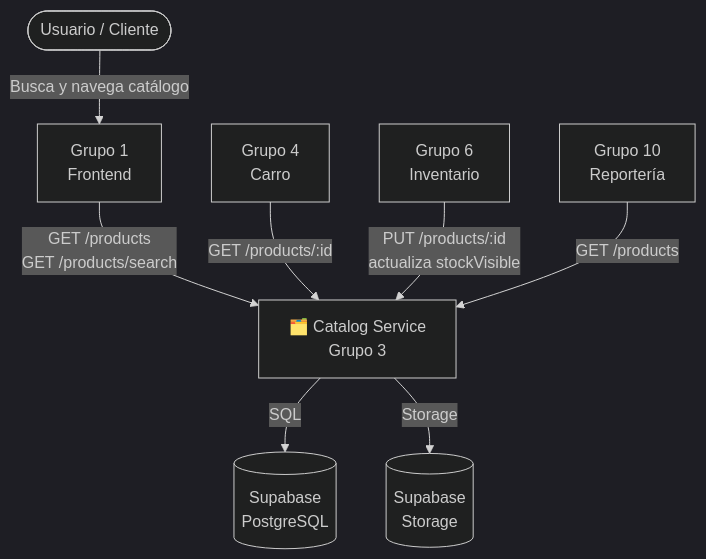
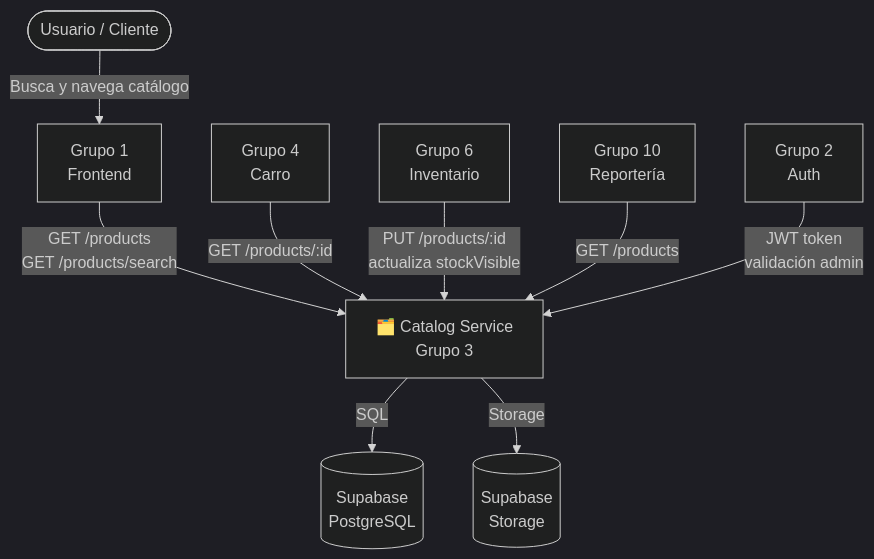
The first of 2 diagrams in README.md (Mini-Marketplace-Cloud-UTEM/grupo-3-CATALOGO), drawn with Mermaid (dark theme) before and after one commit. The commit also changed other lines of this file and 3 other files, not shown here.

````diff
--- a/README.md
+++ b/README.md
@@ -18,10 +18,11 @@
 ```mermaid
 graph TD
     U([Usuario / Cliente]) -->|Busca y navega catálogo| G1[Grupo 1\nFrontend]
     G1 -->|GET /products\nGET /products/search| CAT[🗂️ Catalog Service\nGrupo 3]
     G4[Grupo 4\nCarro] -->|GET /products/:id| CAT
     G6[Grupo 6\nInventario] -->|PUT /products/:id\nactualiza stockVisible| CAT
     G10[Grupo 10\nReportería] -->|GET /products| CAT
+    G2[Grupo 2\nAuth] -->|JWT token\nvalidación admin| CAT
     CAT -->|SQL| DB[(Supabase\nPostgreSQL)]
     CAT -->|Storage| ST[(Supabase\nStorage)]
 ```
````
